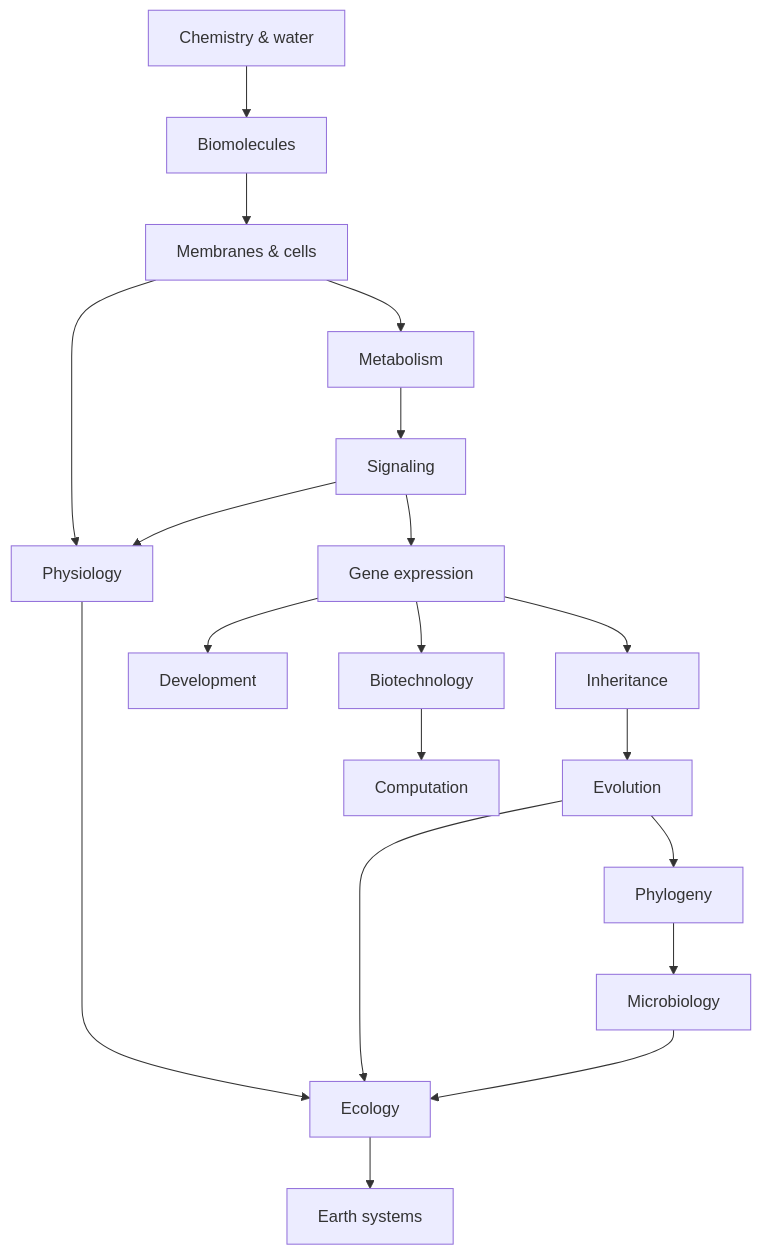
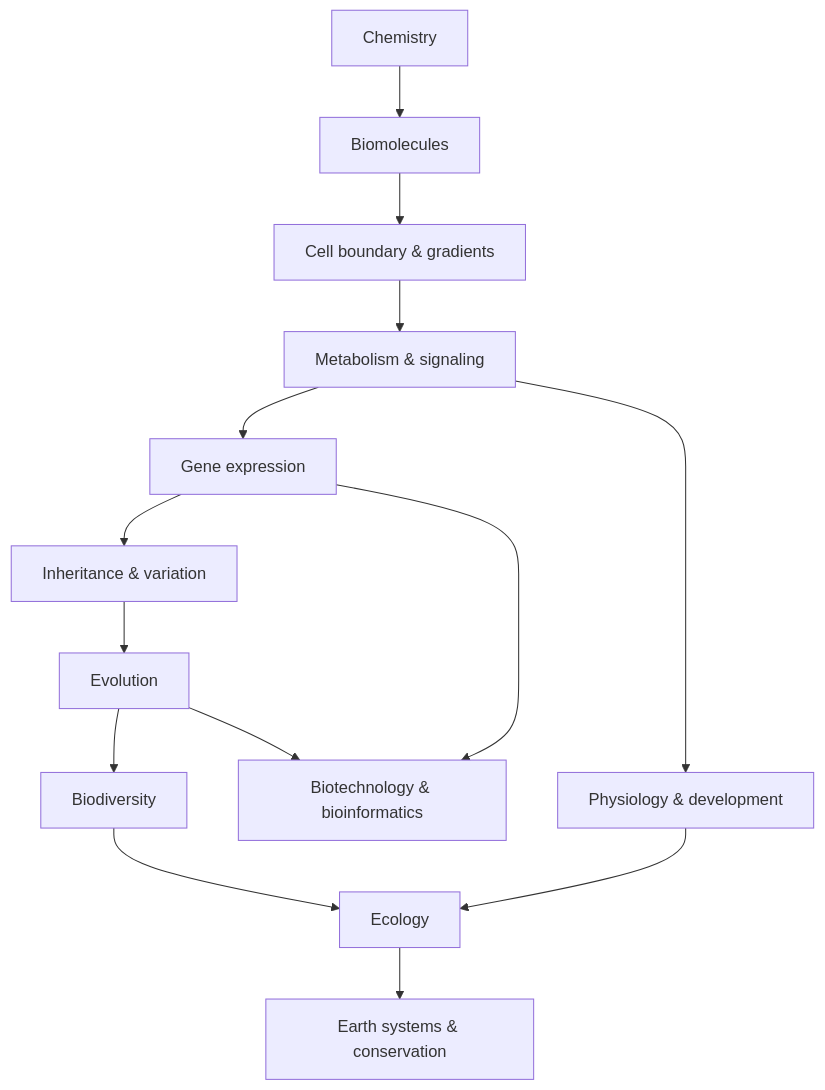
The diagram in biology/90_connections/00_biology_math_computation_and_scale.md (hunggtham/learning-docs), drawn with Mermaid before and after one commit. The commit also changed other lines of this file, not shown here.

Commit message:
Deepen cross-domain biology math computation and scale connections

````diff
--- a/biology/90_connections/00_biology_math_computation_and_scale.md
+++ b/biology/90_connections/00_biology_math_computation_and_scale.md
@@ -285,21 +432,16 @@
 ```mermaid
 flowchart TD
-Chem[Chemistry & water] --> BioM[Biomolecules]
-BioM --> Mem[Membranes & cells]
-Mem --> Met[Metabolism]
-Met --> Sig[Signaling]
-Sig --> Gene[Gene expression]
-Gene --> Inh[Inheritance]
-Inh --> Evo[Evolution]
-Evo --> Phy[Phylogeny]
-Mem --> Phys[Physiology]
-Sig --> Phys
-Gene --> Dev[Development]
-Phys --> Eco[Ecology]
-Evo --> Eco
-Phy --> Micro[Microbiology]
-Micro --> Eco
-Gene --> BioTech[Biotechnology]
-BioTech --> Comp[Computation]
-Eco --> Earth[Earth systems]
+A[Chemistry] --> B[Biomolecules]
+B --> C[Cell boundary & gradients]
+C --> D[Metabolism & signaling]
+D --> E[Gene expression]
+E --> F[Inheritance & variation]
+F --> G[Evolution]
+G --> H[Biodiversity]
+D --> I[Physiology & development]
+H --> J[Ecology]
+I --> J
+E --> K[Biotechnology & bioinformatics]
+G --> K
+J --> L[Earth systems & conservation]
 ```
````
